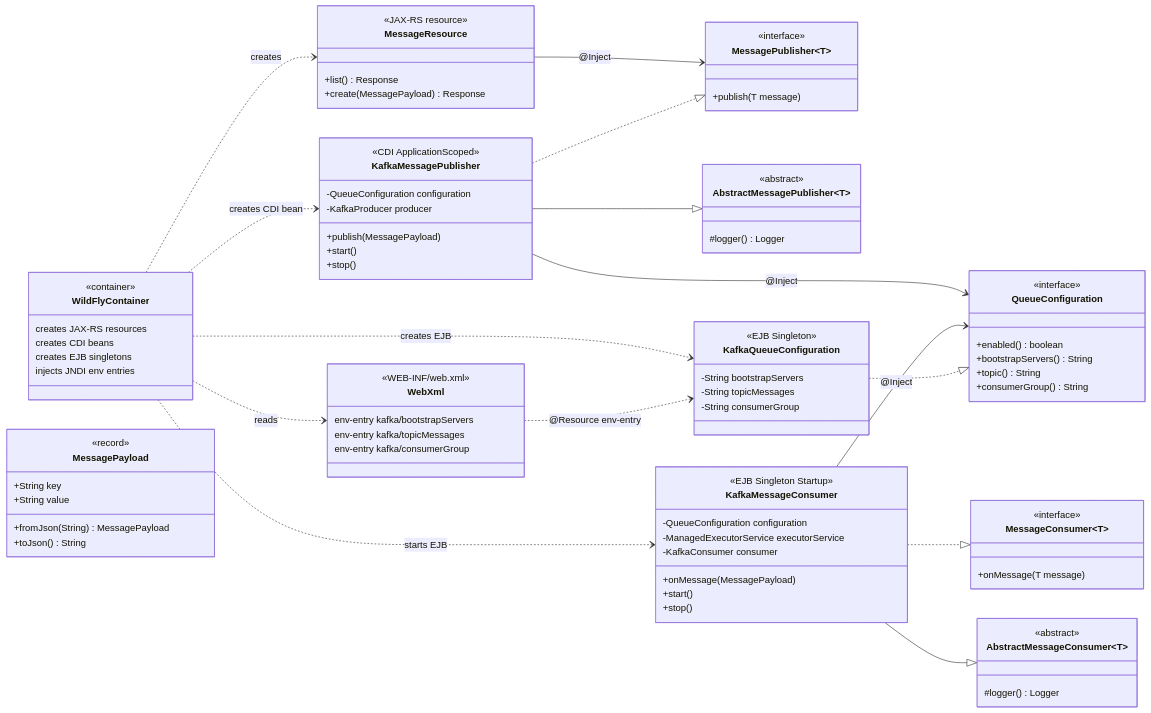
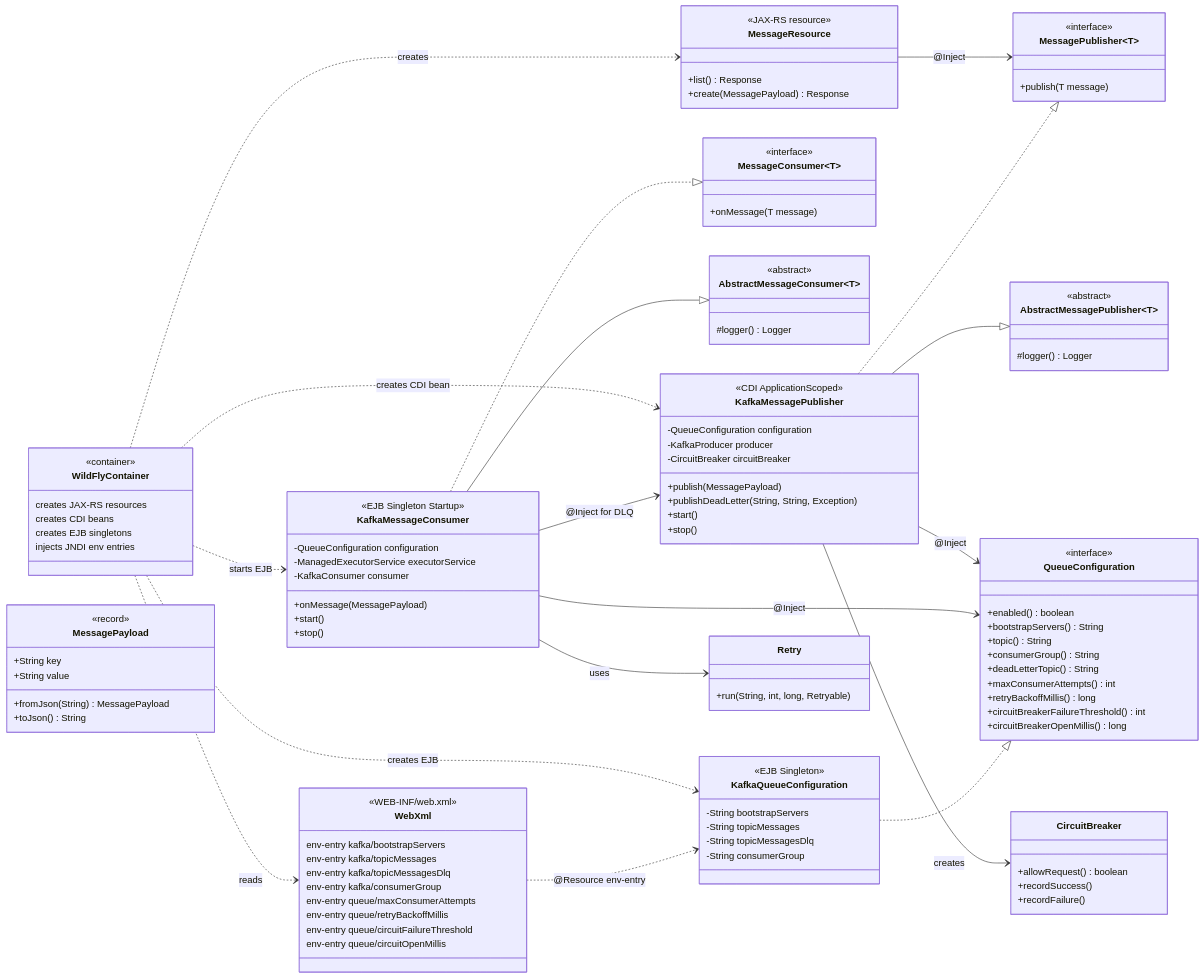
Before and after one commit to h4rkon/jbossqueues: the second of 2 diagrams in README.md, drawn with Mermaid. The commit also changed other lines of this file and 8 other files, not shown here.

````diff
--- a/README.md
+++ b/README.md
@@ -168,6 +198,11 @@
         +bootstrapServers() String
         +topic() String
         +consumerGroup() String
+        +deadLetterTopic() String
+        +maxConsumerAttempts() int
+        +retryBackoffMillis() long
+        +circuitBreakerFailureThreshold() int
+        +circuitBreakerOpenMillis() long
     }
 
     class AbstractMessagePublisher~T~ {
@@ -184,7 +219,9 @@
         <<CDI ApplicationScoped>>
         -QueueConfiguration configuration
         -KafkaProducer producer
+        -CircuitBreaker circuitBreaker
         +publish(MessagePayload)
+        +publishDeadLetter(String, String, Exception)
         +start()
         +stop()
     }
@@ -203,14 +240,30 @@
         <<EJB Singleton>>
         -String bootstrapServers
         -String topicMessages
+        -String topicMessagesDlq
         -String consumerGroup
+    }
+
+    class CircuitBreaker {
+        +allowRequest() boolean
+        +recordSuccess()
+        +recordFailure()
+    }
+
+    class Retry {
+        +run(String, int, long, Retryable)
     }
 
     class WebXml {
         <<WEB-INF/web.xml>>
         env-entry kafka/bootstrapServers
         env-entry kafka/topicMessages
+        env-entry kafka/topicMessagesDlq
         env-entry kafka/consumerGroup
+        env-entry queue/maxConsumerAttempts
+        env-entry queue/retryBackoffMillis
+        env-entry queue/circuitFailureThreshold
+        env-entry queue/circuitOpenMillis
     }
 
     WildFlyContainer ..> MessageResource : creates
@@ -227,7 +280,10 @@
     KafkaMessageConsumer --|> AbstractMessageConsumer~MessagePayload~
 
     KafkaMessagePublisher --> QueueConfiguration : @Inject
+    KafkaMessagePublisher --> CircuitBreaker : creates
     KafkaMessageConsumer --> QueueConfiguration : @Inject
+    KafkaMessageConsumer --> Retry : uses
+    KafkaMessageConsumer --> KafkaMessagePublisher : @Inject for DLQ
     KafkaQueueConfiguration ..|> QueueConfiguration
     WebXml ..> KafkaQueueConfiguration : @Resource env-entry
 ```
````
